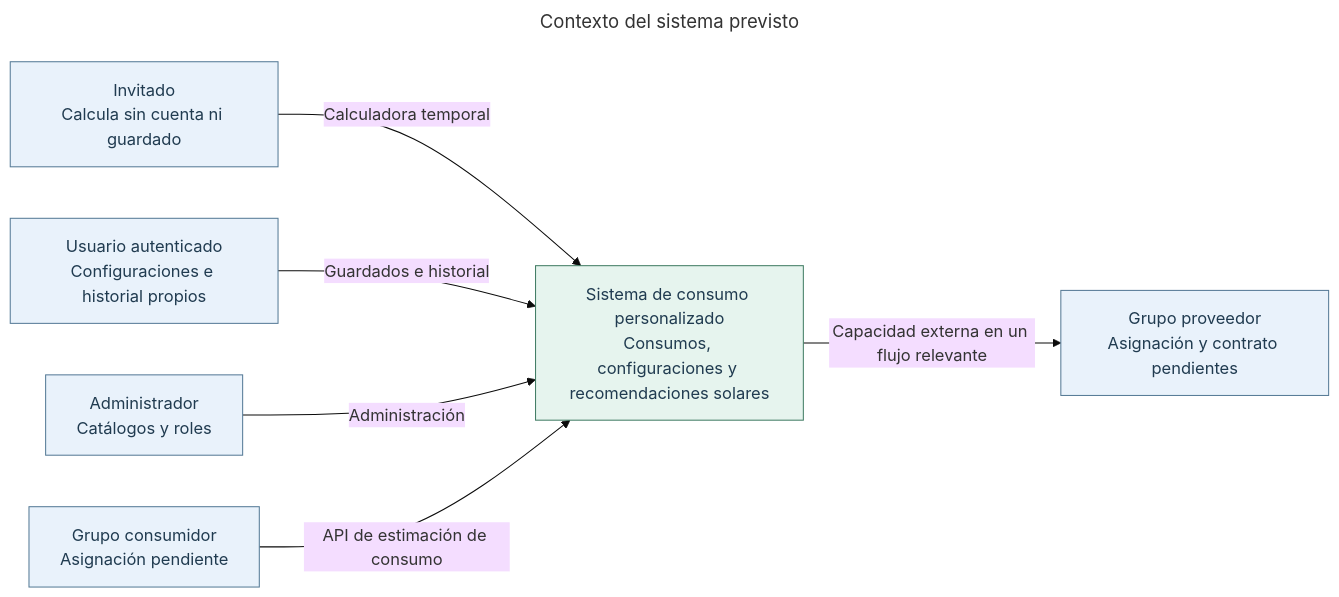
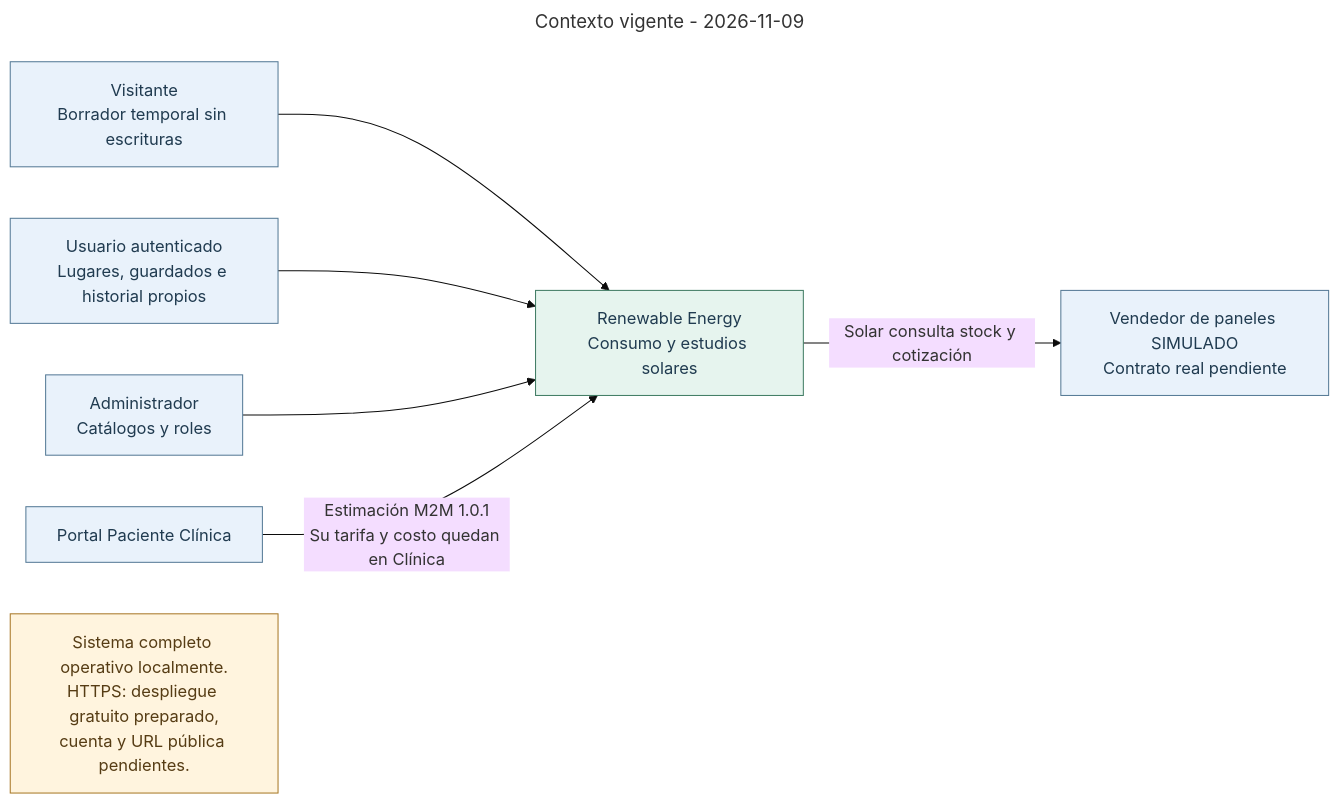
The diagram in docs/diagrams/contexto.mmd (Franciscosrrr/ArquitecturasoftwareRenewableEnergyTiziFran), drawn with Mermaid (base theme) before and after one commit. The commit also changed 320 other files, not shown here.

Commit message:
falta integracion del proveedor

```diff
--- a/docs/diagrams/contexto.mmd
+++ b/docs/diagrams/contexto.mmd
@@ -1,13 +1,16 @@
 ---
-title: Contexto del sistema previsto
+title: Contexto vigente - 2026-11-09
 ---
 flowchart LR
-    V["Invitado<br/>Calcula sin cuenta ni guardado"] -->|Calculadora temporal| S["Sistema de consumo personalizado<br/>Consumos, configuraciones y recomendaciones solares"]
-    U["Usuario autenticado<br/>Configuraciones e historial propios"] -->|Guardados e historial| S
-    A["Administrador<br/>Catálogos y roles"] -->|Administración| S
-    C["Grupo consumidor<br/>Asignación pendiente"] -->|API de estimación de consumo| S
-    S -->|Capacidad externa en un flujo relevante| P["Grupo proveedor<br/>Asignación y contrato pendientes"]
-    classDef actor fill:#e9f2fb,stroke:#557a96,color:#203b50
-    classDef system fill:#e6f4ee,stroke:#417c64,color:#203b50
-    class V,U,A,C,P actor
-    class S system
+ V["Visitante<br/>Borrador temporal sin escrituras"] --> SYS["Renewable Energy<br/>Consumo y estudios solares"]
+ U["Usuario autenticado<br/>Lugares, guardados e historial propios"] --> SYS
+ A["Administrador<br/>Catálogos y roles"] --> SYS
+ C["Portal Paciente Clínica"] -->|"Estimación M2M 1.0.1<br/>Su tarifa y costo quedan en Clínica"| SYS
+ SYS -->|"Solar consulta stock y cotización"| P["Vendedor de paneles SIMULADO<br/>Contrato real pendiente"]
+ N["Sistema completo operativo localmente.<br/>HTTPS: despliegue gratuito preparado,<br/>cuenta y URL pública pendientes."]
+ classDef active fill:#e6f4ee,stroke:#417c64,color:#203b50
+ classDef external fill:#e9f2fb,stroke:#557a96,color:#203b50
+ classDef pending fill:#fff4de,stroke:#a87827,color:#563c14
+ class SYS active
+ class V,U,A,C,P external
+ class N pending
```
